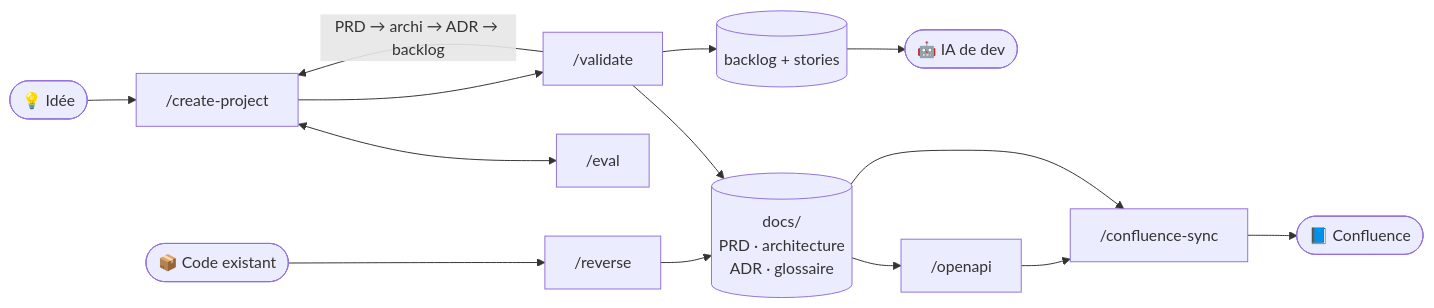
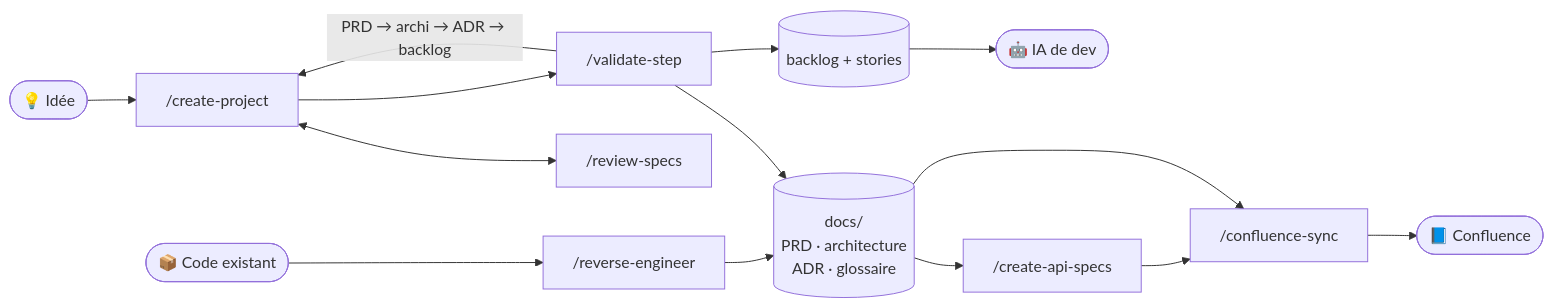
One commit to ouakeds/sohub-plugins-kickoff changed the diagram in README.md. Above: the diagram before and after it, drawn with Mermaid. The commit also changed other lines of this file and 25 other files, not shown here.

````diff
--- a/README.md
+++ b/README.md
@@ -38,16 +38,16 @@
 ```mermaid
 flowchart LR
     I([💡 Idée]) --> K["/create-project"]
-    C([📦 Code existant]) --> R["/reverse"]
-    K <--> E["/eval"]
-    K --> V["/validate"]
+    C([📦 Code existant]) --> R["/reverse-engineer"]
+    K <--> E["/review-specs"]
+    K --> V["/validate-step"]
     V -->|PRD → archi → ADR → backlog| K
     R --> D[(docs/<br/>PRD · architecture<br/>ADR · glossaire)]
     V --> D
-    D --> O["/openapi"]
+    D --> O["/create-api-specs"]
     O --> S["/confluence-sync"]
     D --> S
     S --> CF([📘 Confluence])
     V --> B[(backlog + stories)]
     B --> DEV([🤖 IA de dev])
 ```
````
